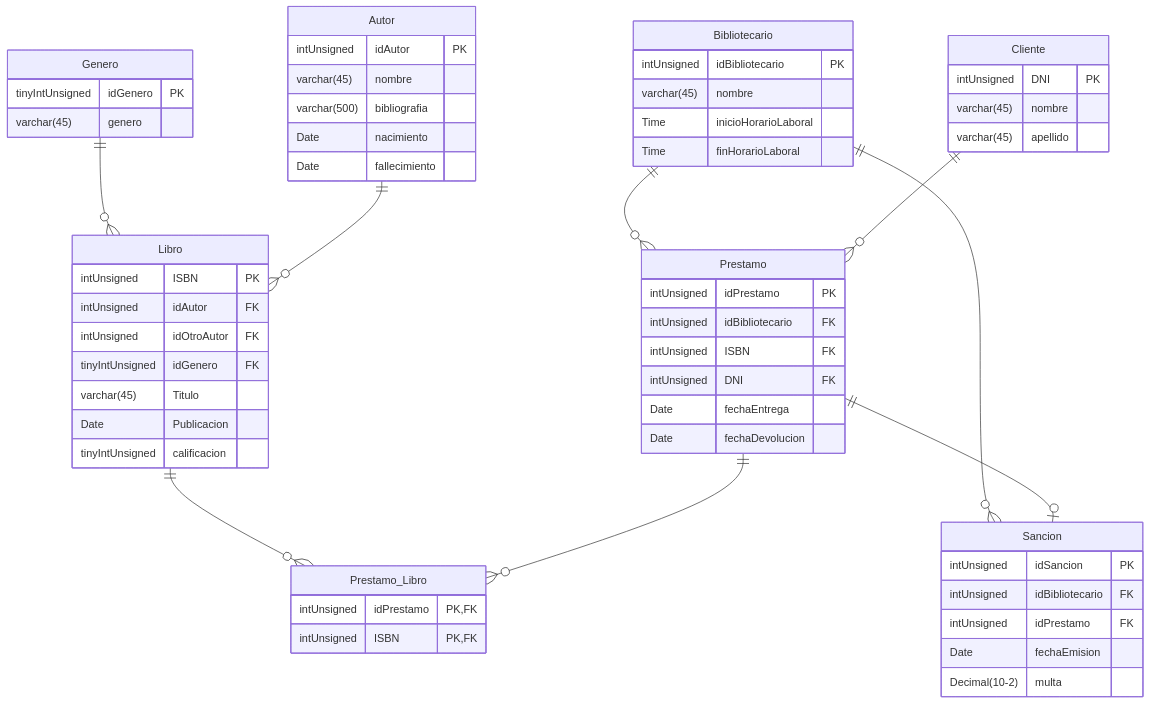
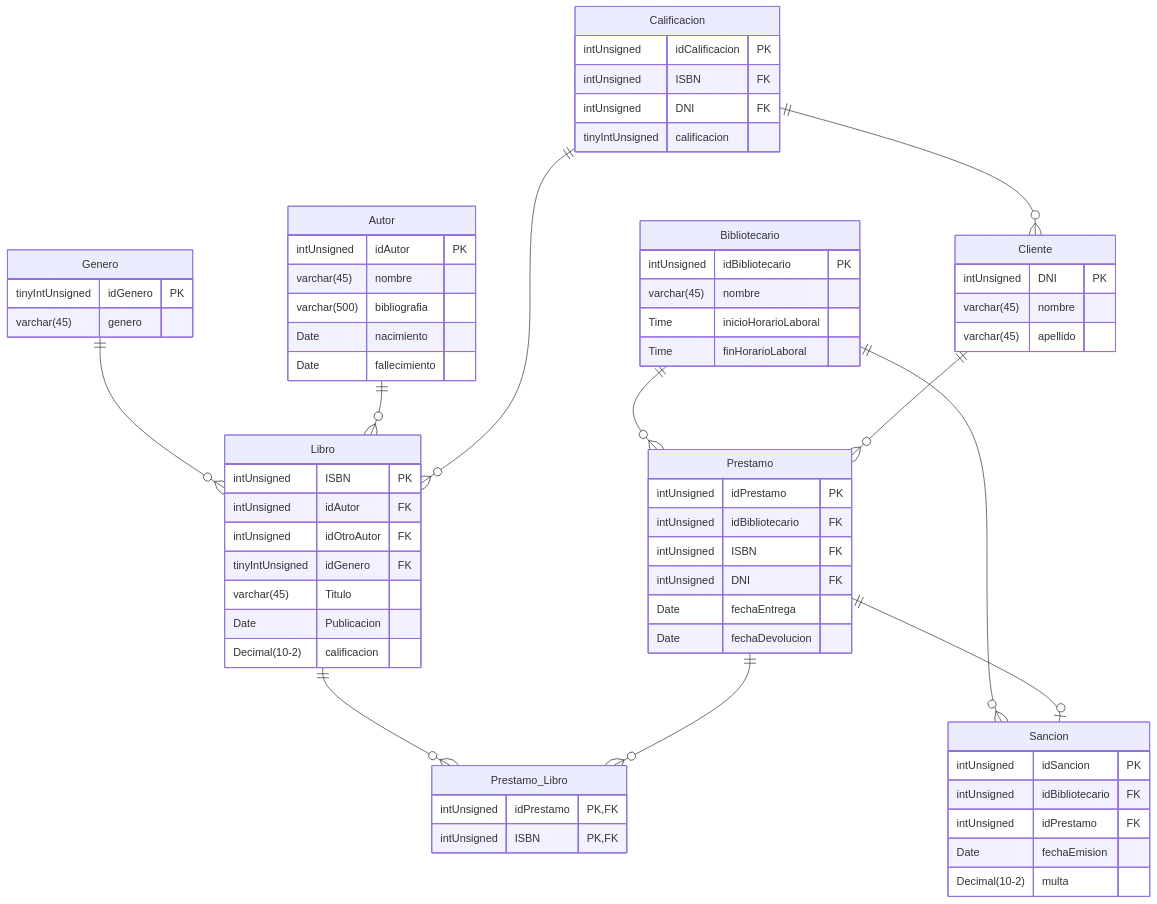
Before and after one commit to PasandiLuka/BD-Biblioteca: the diagram in README.md, drawn with Mermaid. The commit also changed other lines of this file and 3 other files, not shown here.

````diff
--- a/README.md
+++ b/README.md
@@ -16,73 +14,81 @@
 ```mermaid
 erDiagram
 Genero{
     tinyIntUnsigned idGenero PK
     varchar(45) genero
 }
 
 
 Bibliotecario{
     intUnsigned idBibliotecario PK
     varchar(45) nombre
     Time inicioHorarioLaboral
     Time finHorarioLaboral
 }
 
 
 Autor{
     intUnsigned idAutor PK
     varchar(45) nombre
     varchar(500) bibliografia
     Date nacimiento
     Date fallecimiento
 }
 
 Cliente{
     intUnsigned DNI PK
     varchar(45) nombre
     varchar(45) apellido
 }
 
 Libro{
     intUnsigned ISBN PK
     intUnsigned idAutor FK
     intUnsigned idOtroAutor FK
     tinyIntUnsigned idGenero FK
     varchar(45) Titulo
     Date Publicacion
-    tinyIntUnsigned calificacion
+    Decimal(10-2) calificacion
 }
 
 
 Sancion{
     intUnsigned idSancion PK
     intUnsigned idBibliotecario FK
     intUnsigned idPrestamo FK
     Date fechaEmision
     Decimal(10-2) multa    
 }
 
 Prestamo{
     intUnsigned idPrestamo PK
     intUnsigned idBibliotecario FK
     intUnsigned ISBN FK
     intUnsigned DNI FK
     Date fechaEntrega
     Date fechaDevolucion
 }
 
+Calificacion{
+    intUnsigned idCalificacion PK
+    intUnsigned ISBN FK
+    intUnsigned DNI FK
+    tinyIntUnsigned calificacion
+}
+
 Prestamo_Libro{
     intUnsigned idPrestamo PK, FK
     intUnsigned ISBN PK, FK
 }
 
 Genero||--o{Libro:""
 Bibliotecario||--o{Sancion:""
 Bibliotecario||--o{Prestamo:""
 Cliente||--o{Prestamo:""
 Prestamo||--o|Sancion:""
 Libro||--o{Prestamo_Libro:""
 Prestamo||--o{Prestamo_Libro:""
 Autor||--o{Libro:""
-
+Calificacion ||--o{ Libro:""
+Calificacion ||--o{ Cliente:""
 ```
````
